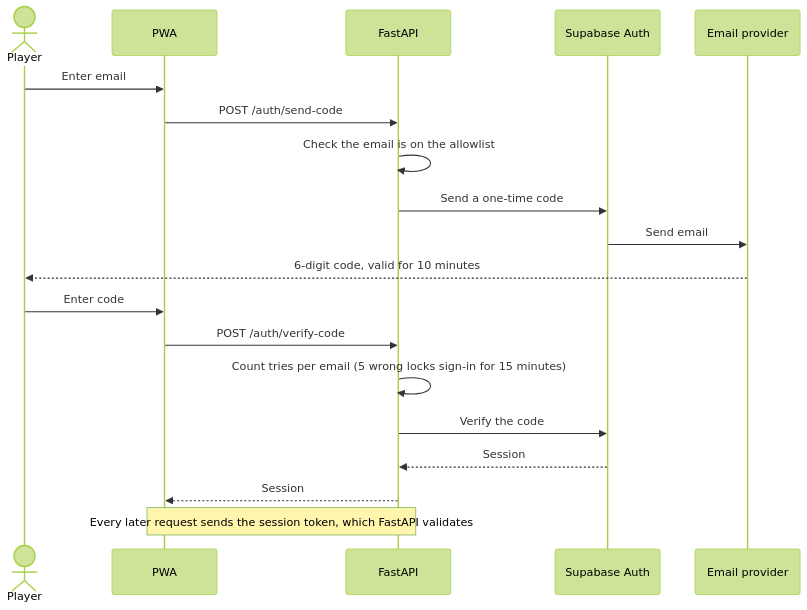
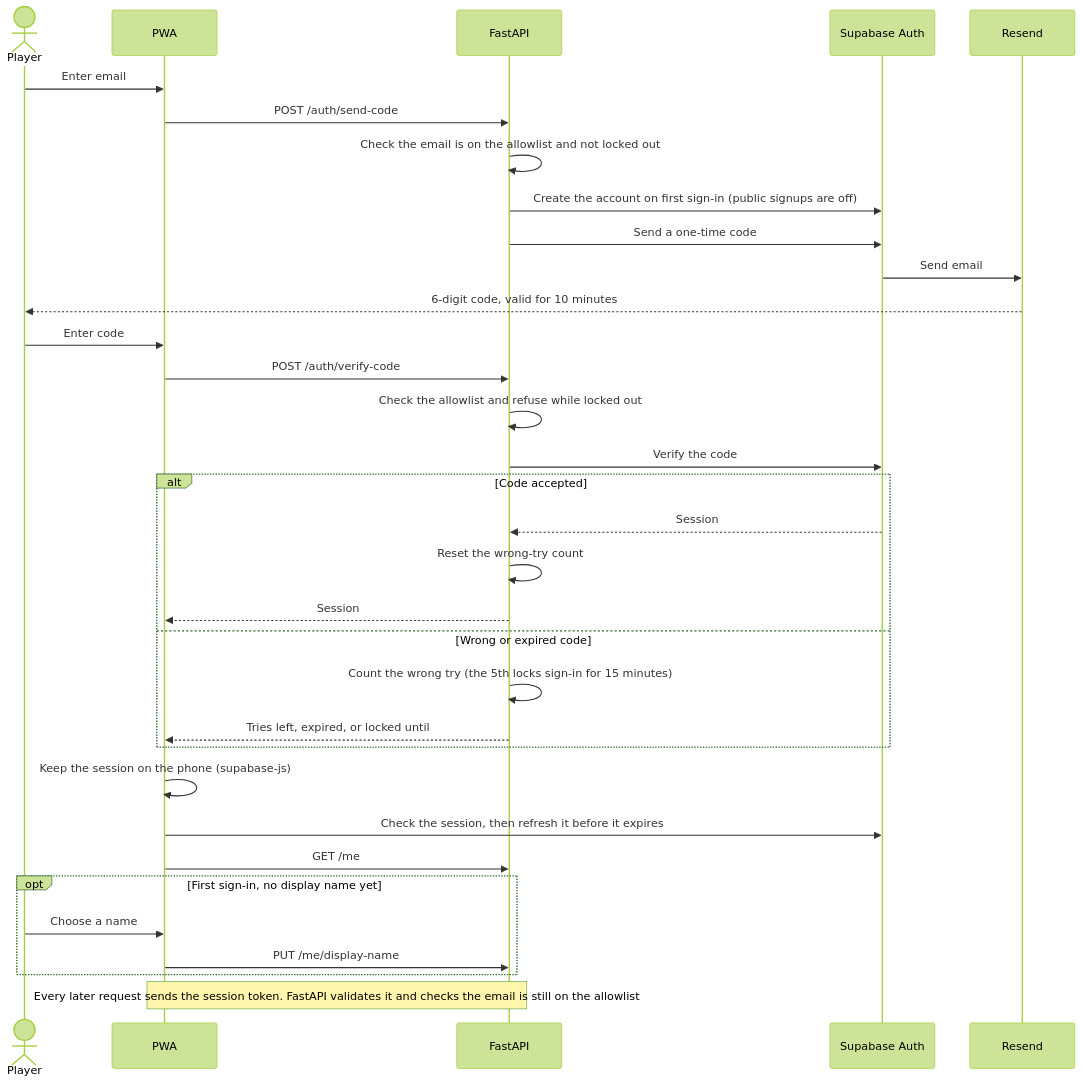
The second of 5 diagrams in docs/architecture.md (azamatsmith/soul-search), drawn with Mermaid (forest theme) before and after one commit. The commit also changed other lines of this file and 51 other files, not shown here.

First line of the commit message:
feat: add web email code sign-in (#28)

````diff
--- a/docs/architecture.md
+++ b/docs/architecture.md
@@ -38,22 +39,36 @@
 ```mermaid
 sequenceDiagram
     actor player as Player
     participant pwa as PWA
     participant api as FastAPI
     participant auth as Supabase Auth
-    participant mail as Email provider
+    participant mail as Resend
 
     player->>pwa: Enter email
     pwa->>api: POST /auth/send-code
-    api->>api: Check the email is on the allowlist
+    api->>api: Check the email is on the allowlist and not locked out
+    api->>auth: Create the account on first sign-in (public signups are off)
     api->>auth: Send a one-time code
     auth->>mail: Send email
     mail-->>player: 6-digit code, valid for 10 minutes
     player->>pwa: Enter code
     pwa->>api: POST /auth/verify-code
-    api->>api: Count tries per email (5 wrong locks sign-in for 15 minutes)
+    api->>api: Check the allowlist and refuse while locked out
     api->>auth: Verify the code
-    auth-->>api: Session
-    api-->>pwa: Session
-    Note over pwa,api: Every later request sends the session token, which FastAPI validates
+    alt Code accepted
+        auth-->>api: Session
+        api->>api: Reset the wrong-try count
+        api-->>pwa: Session
+    else Wrong or expired code
+        api->>api: Count the wrong try (the 5th locks sign-in for 15 minutes)
+        api-->>pwa: Tries left, expired, or locked until
+    end
+    pwa->>pwa: Keep the session on the phone (supabase-js)
+    pwa->>auth: Check the session, then refresh it before it expires
+    pwa->>api: GET /me
+    opt First sign-in, no display name yet
+        player->>pwa: Choose a name
+        pwa->>api: PUT /me/display-name
+    end
+    Note over pwa,api: Every later request sends the session token. FastAPI validates it and checks the email is still on the allowlist
 ```
````
